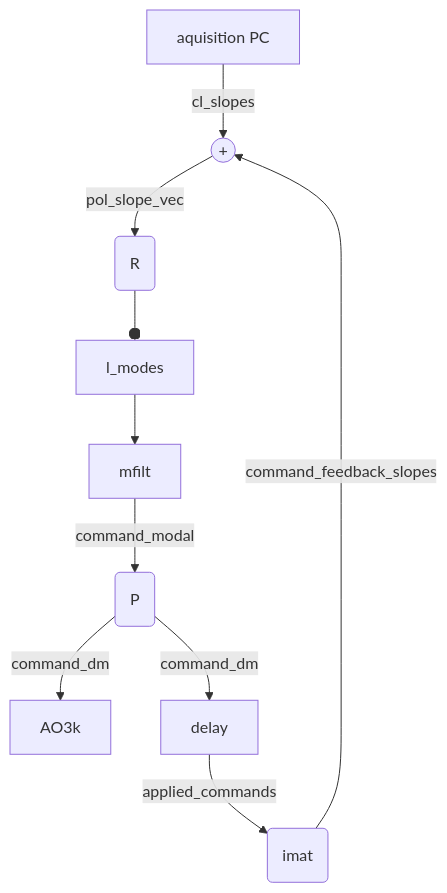
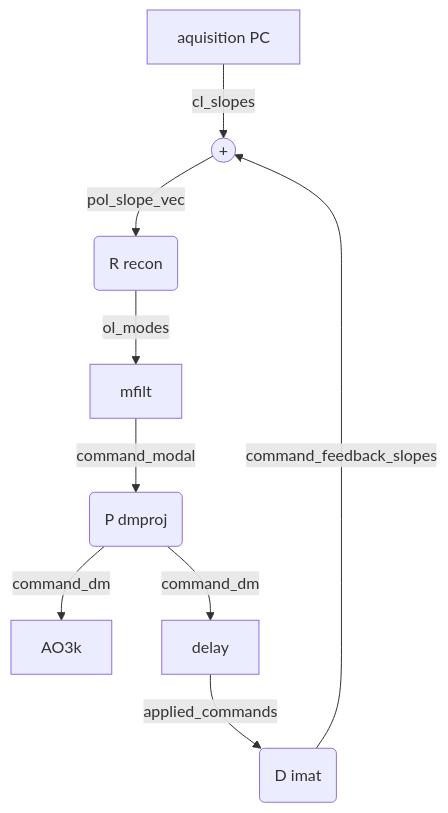
One commit to jcranney/ultimate-rts-devtools changed the second of 2 diagrams in README.md. Above: the diagram before and after it, drawn with Mermaid. The commit also changed other lines of this file, not shown here.

````diff
--- a/README.md
+++ b/README.md
@@ -59,13 +59,13 @@
 ```mermaid
 graph TD
 
 aqu[aquisition PC]--cl_slopes-->add
 AO3k
-delay--applied_commands-->imat
-add((+))--pol_slope_vec-->recon(R)
-recon--ol_modes-->mfilt
-mfilt--command_modal-->dmproj(P)
+delay--applied_commands-->imat("D imat")
+add((+))--pol_slope_vec-->recon("R recon")
+recon--"ol_modes"-->mfilt
+mfilt--command_modal-->dmproj("P dmproj")
 dmproj--command_dm-->delay
-imat(imat)--command_feedback_slopes-->add
+imat--command_feedback_slopes-->add
 dmproj--command_dm-->AO3k
 ```
````
